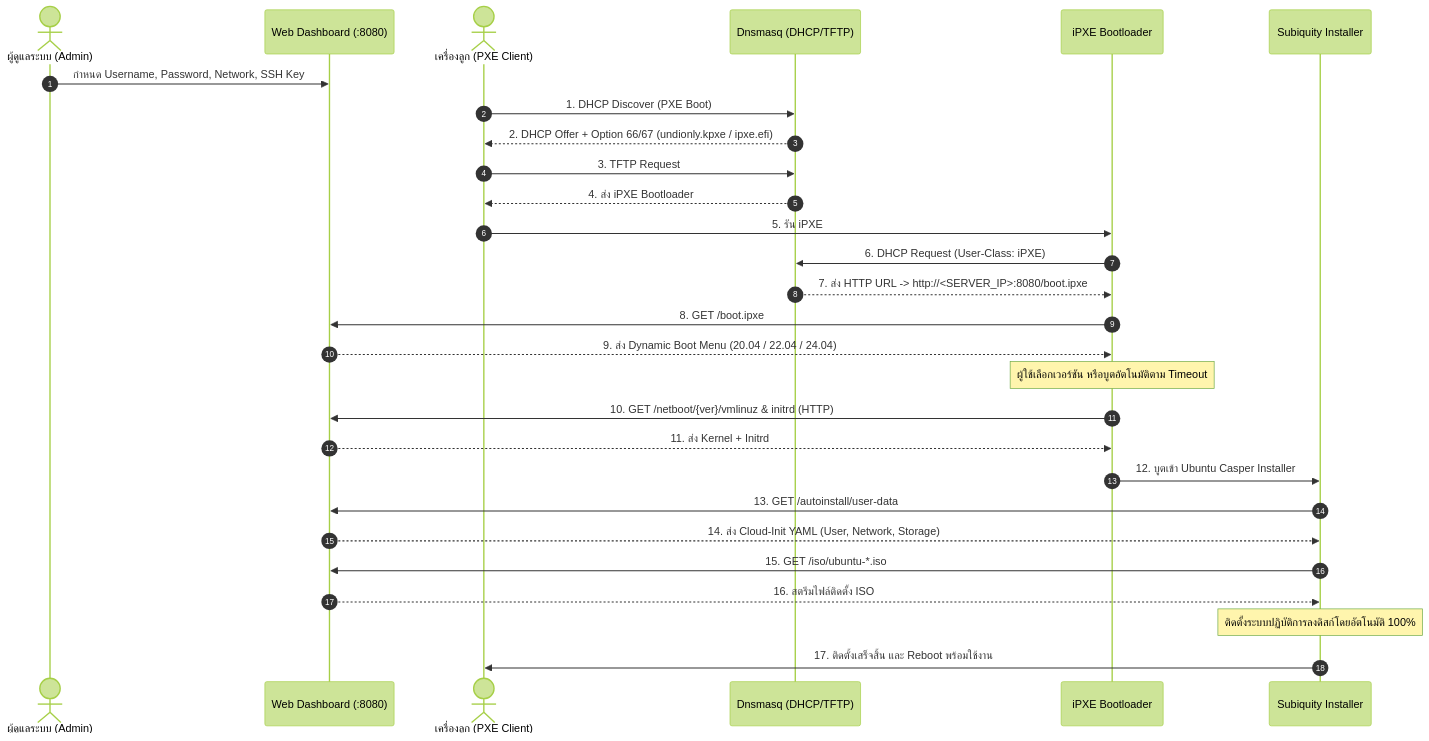
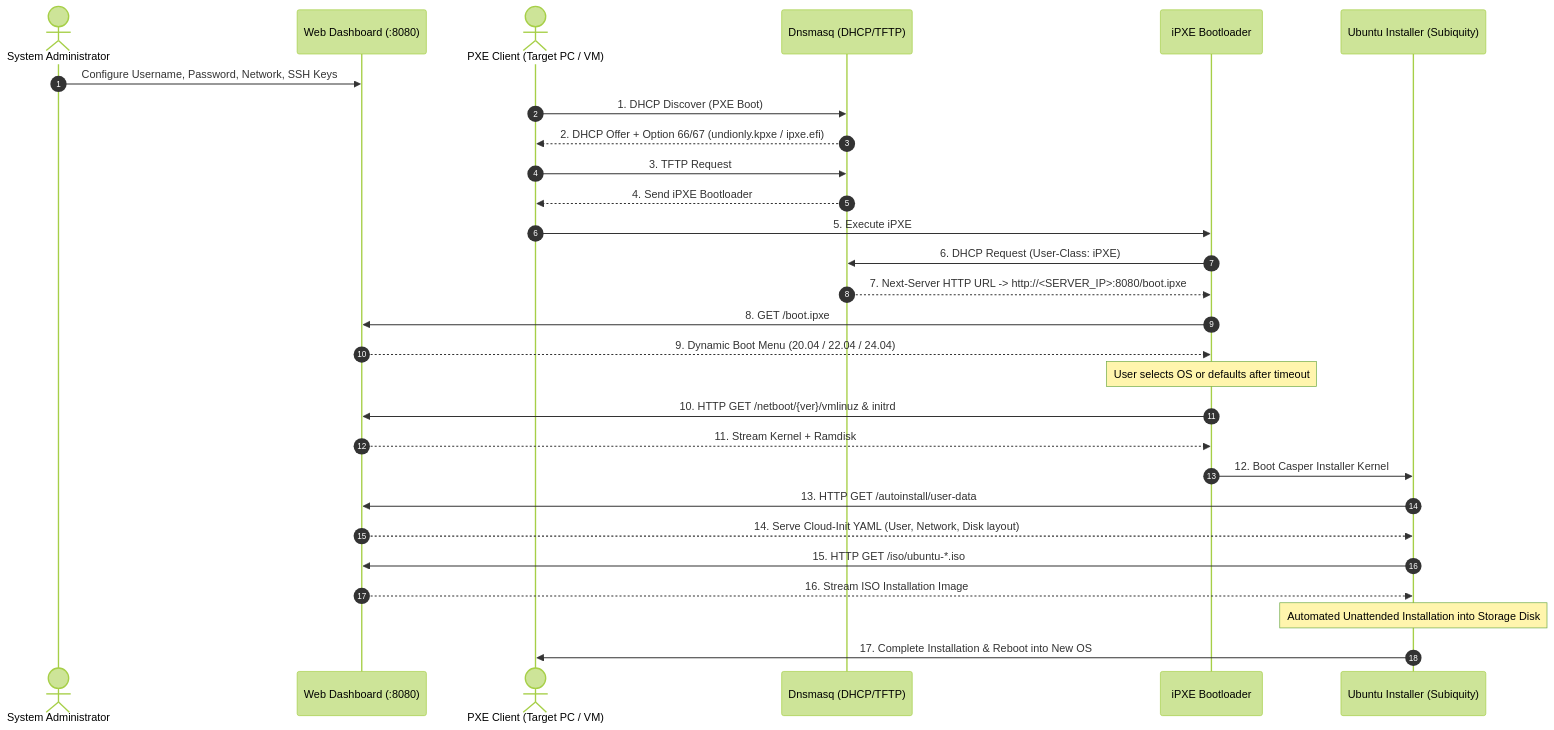
The diagram in README.md (KritsadaM/ubuntu-pxe-autoinstall), drawn with Mermaid (forest theme) before and after one commit. The commit also changed other lines of this file and 4 other files, not shown here.

````diff
--- a/README.md
+++ b/README.md
@@ -36,31 +36,31 @@
 ```mermaid
 sequenceDiagram
     autonumber
-    actor Admin as ผู้ดูแลระบบ (Admin)
+    actor Admin as System Administrator
     participant Web as Web Dashboard (:8080)
-    actor Client as เครื่องลูก (PXE Client)
+    actor Client as PXE Client (Target PC / VM)
     participant Dnsmasq as Dnsmasq (DHCP/TFTP)
     participant iPXE as iPXE Bootloader
-    participant Subiquity as Subiquity Installer
+    participant Subiquity as Ubuntu Installer (Subiquity)
 
-    Admin->>Web: กำหนด Username, Password, Network, SSH Key
+    Admin->>Web: Configure Username, Password, Network, SSH Keys
     Client->>Dnsmasq: 1. DHCP Discover (PXE Boot)
     Dnsmasq-->>Client: 2. DHCP Offer + Option 66/67 (undionly.kpxe / ipxe.efi)
     Client->>Dnsmasq: 3. TFTP Request
-    Dnsmasq-->>Client: 4. ส่ง iPXE Bootloader
-    Client->>iPXE: 5. รัน iPXE
+    Dnsmasq-->>Client: 4. Send iPXE Bootloader
+    Client->>iPXE: 5. Execute iPXE
     iPXE->>Dnsmasq: 6. DHCP Request (User-Class: iPXE)
-    Dnsmasq-->>iPXE: 7. ส่ง HTTP URL -> http://<SERVER_IP>:8080/boot.ipxe
+    Dnsmasq-->>iPXE: 7. Next-Server HTTP URL -> http://<SERVER_IP>:8080/boot.ipxe
     iPXE->>Web: 8. GET /boot.ipxe
-    Web-->>iPXE: 9. ส่ง Dynamic Boot Menu (20.04 / 22.04 / 24.04)
-    Note over iPXE: ผู้ใช้เลือกเวอร์ชัน หรือบูตอัตโนมัติตาม Timeout
-    iPXE->>Web: 10. GET /netboot/{ver}/vmlinuz & initrd (HTTP)
-    Web-->>iPXE: 11. ส่ง Kernel + Initrd
-    iPXE->>Subiquity: 12. บูตเข้า Ubuntu Casper Installer
-    Subiquity->>Web: 13. GET /autoinstall/user-data
-    Web-->>Subiquity: 14. ส่ง Cloud-Init YAML (User, Network, Storage)
-    Subiquity->>Web: 15. GET /iso/ubuntu-*.iso
-    Web-->>Subiquity: 16. สตรีมไฟล์ติดตั้ง ISO
-    Note over Subiquity: ติดตั้งระบบปฏิบัติการลงดิสก์โดยอัตโนมัติ 100%
-    Subiquity->>Client: 17. ติดตั้งเสร็จสิ้น และ Reboot พร้อมใช้งาน
+    Web-->>iPXE: 9. Dynamic Boot Menu (20.04 / 22.04 / 24.04)
+    Note over iPXE: User selects OS or defaults after timeout
+    iPXE->>Web: 10. HTTP GET /netboot/{ver}/vmlinuz & initrd
+    Web-->>iPXE: 11. Stream Kernel + Ramdisk
+    iPXE->>Subiquity: 12. Boot Casper Installer Kernel
+    Subiquity->>Web: 13. HTTP GET /autoinstall/user-data
+    Web-->>Subiquity: 14. Serve Cloud-Init YAML (User, Network, Disk layout)
+    Subiquity->>Web: 15. HTTP GET /iso/ubuntu-*.iso
+    Web-->>Subiquity: 16. Stream ISO Installation Image
+    Note over Subiquity: Automated Unattended Installation into Storage Disk
+    Subiquity->>Client: 17. Complete Installation & Reboot into New OS
 ```
````
